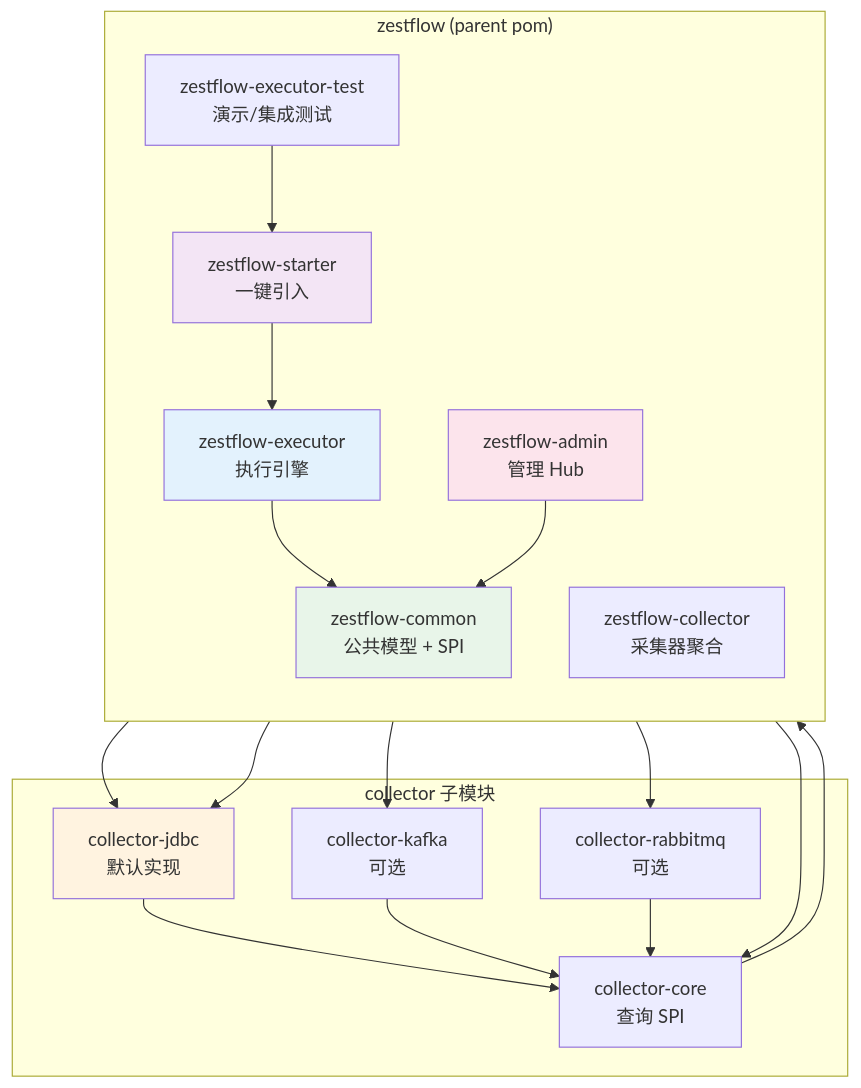
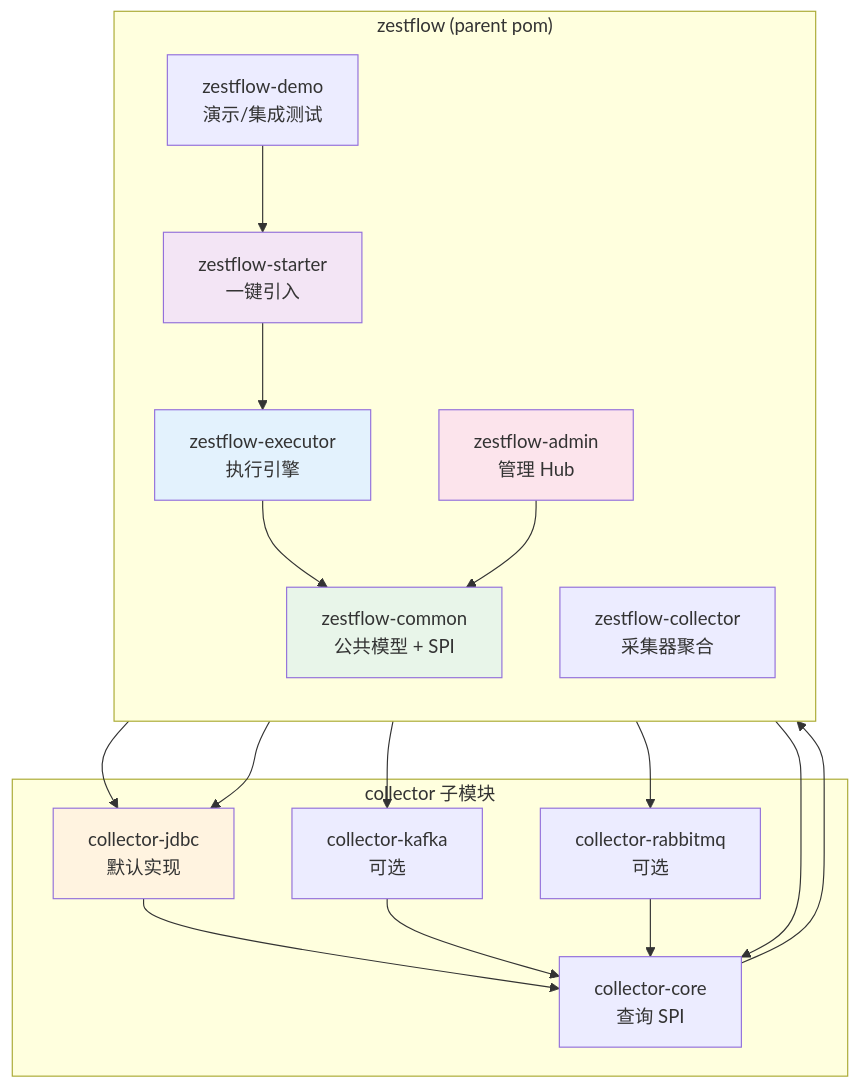
The fourth of 38 diagrams in docs/ARCHITECTURE.md (zestcc/zestflow), drawn with Mermaid before and after one commit. The commit also changed other lines of this file and 122 other files, not shown here.

First line of the commit message:
refactor: zestflow-executor-test 重命名为 zestflow-demo

````diff
--- a/docs/ARCHITECTURE.md
+++ b/docs/ARCHITECTURE.md
@@ -196,40 +196,40 @@
 ```mermaid
 graph TB
     subgraph Parent["zestflow (parent pom)"]
         direction TB
         COMMON["zestflow-common<br/>公共模型 + SPI"]
         EXEC["zestflow-executor<br/>执行引擎"]
         COLL["zestflow-collector<br/>采集器聚合"]
         START["zestflow-starter<br/>一键引入"]
         ADMIN["zestflow-admin<br/>管理 Hub"]
-        TEST["zestflow-executor-test<br/>演示/集成测试"]
+        TEST["zestflow-demo<br/>演示/集成测试"]
     end
 
     subgraph CollectorModules["collector 子模块"]
         CORE["collector-core<br/>查询 SPI"]
         JDBC["collector-jdbc<br/>默认实现"]
         KAFKA["collector-kafka<br/>可选"]
         RMQ["collector-rabbitmq<br/>可选"]
     end
 
     COLL --> CORE
     COLL --> JDBC
     COLL --> KAFKA
     COLL --> RMQ
 
     EXEC --> COMMON
     JDBC --> CORE
     CORE --> COMMON
     KAFKA --> CORE
     RMQ --> CORE
     START --> EXEC
     START --> JDBC
     ADMIN --> COMMON
     TEST --> START
 
     style COMMON fill:#e8f5e9
     style EXEC fill:#e3f2fd
     style JDBC fill:#fff3e0
     style ADMIN fill:#fce4ec
     style START fill:#f3e5f5
 ```
````
